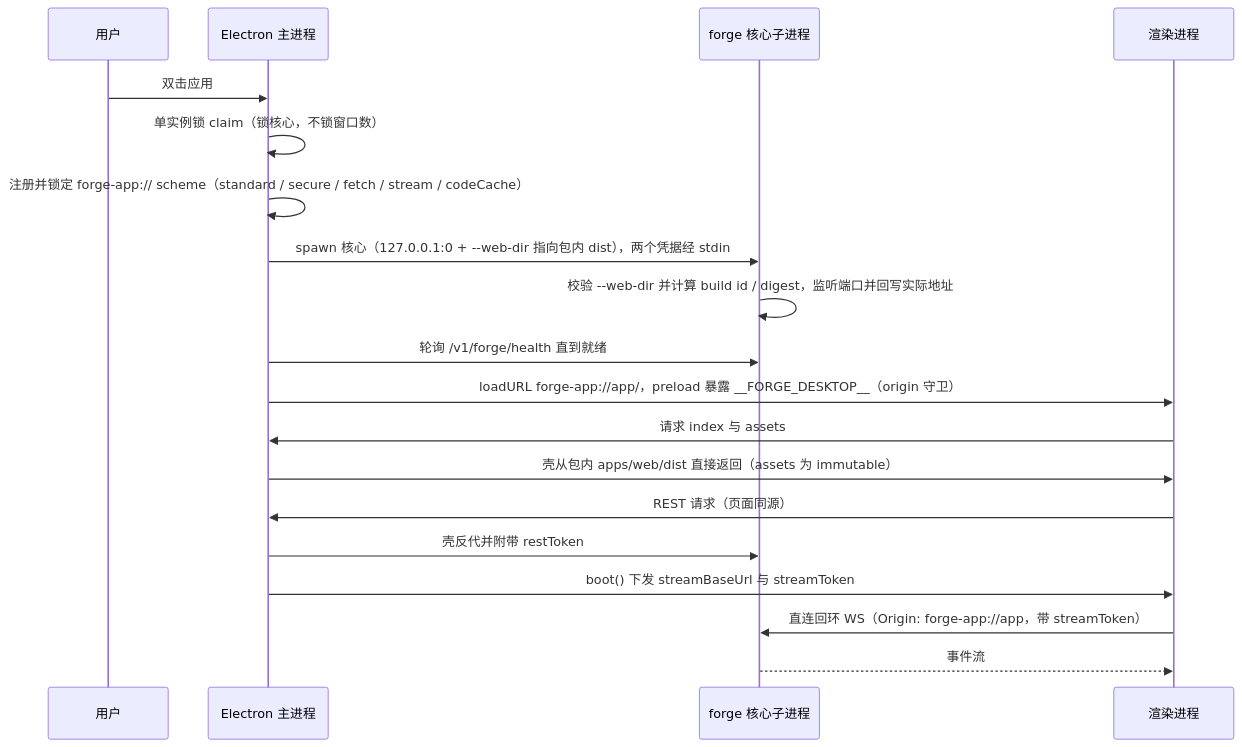
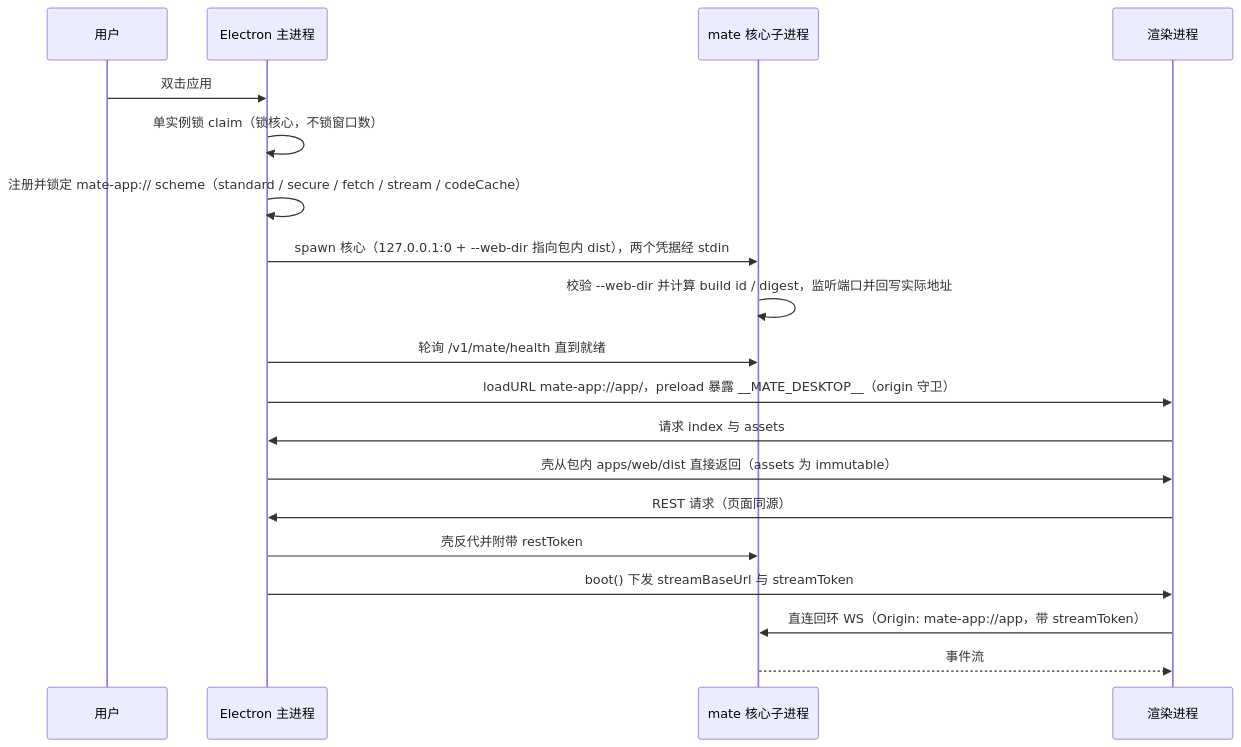
One commit to morehao/ark-mate changed the third of 3 diagrams in docs/desktop-architecture-design-20260928.md. Above: the diagram before and after it, drawn with Mermaid. The commit also changed other lines of this file and 442 other files, not shown here.

````diff
--- a/docs/desktop-architecture-design-20260928.md
+++ b/docs/desktop-architecture-design-20260928.md
@@ -448,21 +448,21 @@
 ```mermaid
 sequenceDiagram
     participant U as 用户
     participant E as Electron 主进程
-    participant C as forge 核心子进程
+    participant C as mate 核心子进程
     participant W as 渲染进程
     U->>E: 双击应用
     E->>E: 单实例锁 claim（锁核心，不锁窗口数）
-    E->>E: 注册并锁定 forge-app:// scheme（standard / secure / fetch / stream / codeCache）
+    E->>E: 注册并锁定 mate-app:// scheme（standard / secure / fetch / stream / codeCache）
     E->>C: spawn 核心（127.0.0.1:0 + --web-dir 指向包内 dist），两个凭据经 stdin
     C->>C: 校验 --web-dir 并计算 build id / digest，监听端口并回写实际地址
-    E->>C: 轮询 /v1/forge/health 直到就绪
-    E->>W: loadURL forge-app://app/，preload 暴露 __FORGE_DESKTOP__（origin 守卫）
+    E->>C: 轮询 /v1/mate/health 直到就绪
+    E->>W: loadURL mate-app://app/，preload 暴露 __MATE_DESKTOP__（origin 守卫）
     W->>E: 请求 index 与 assets
     E->>W: 壳从包内 apps/web/dist 直接返回（assets 为 immutable）
     W->>E: REST 请求（页面同源）
     E->>C: 壳反代并附带 restToken
     E->>W: boot() 下发 streamBaseUrl 与 streamToken
-    W->>C: 直连回环 WS（Origin: forge-app://app，带 streamToken）
+    W->>C: 直连回环 WS（Origin: mate-app://app，带 streamToken）
     C-->>W: 事件流
 ```
````
